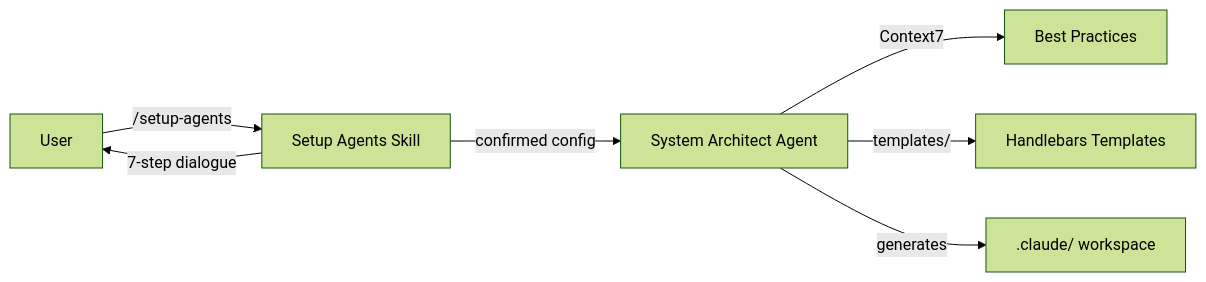
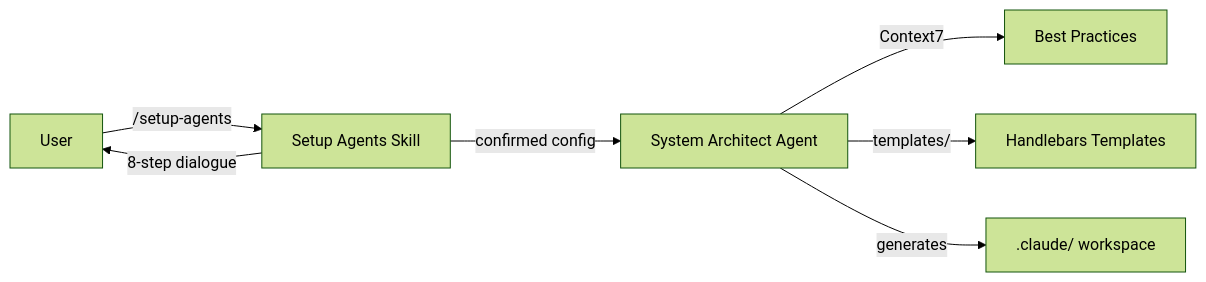
The diagram in README.md (nikita-voloshyn/forgeline), drawn with Mermaid (forest theme) before and after one commit. The commit also changed other lines of this file and 20 other files, not shown here.

````diff
--- a/README.md
+++ b/README.md
@@ -27,9 +29,9 @@
 ```mermaid
 flowchart LR
     User -->|/setup-agents| Skill[Setup Agents Skill]
-    Skill -->|7-step dialogue| User
+    Skill -->|8-step dialogue| User
     Skill -->|confirmed config| Agent[System Architect Agent]
     Agent -->|Context7| C7[Best Practices]
     Agent -->|templates/| Templates[Handlebars Templates]
     Agent -->|generates| Output[.claude/ workspace]
 ```
````
